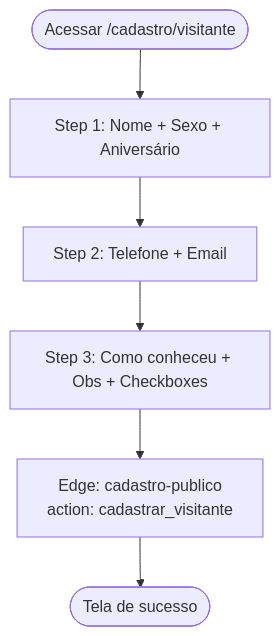
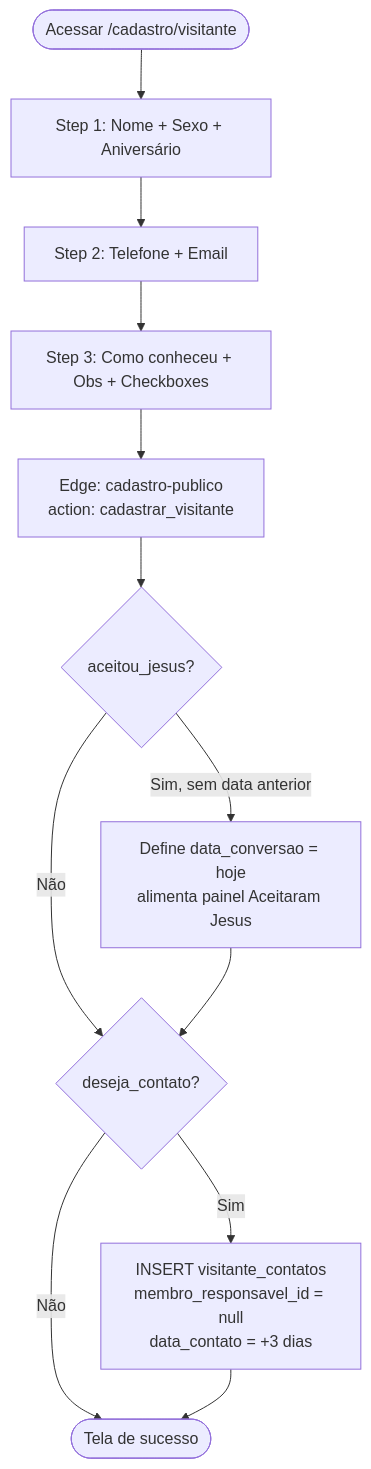
One commit to adrianoapc/igreja-carvalho changed the fourth of 5 diagrams in docs/diagramas/fluxo-pessoas.md. Above: the diagram before and after it, drawn with Mermaid. The commit also changed other lines of this file and 4 other files, not shown here.

First line of the commit message:
feat: agendar contato de visitante no cadastro publico sem responsavel fixo

````diff
--- a/docs/diagramas/fluxo-pessoas.md
+++ b/docs/diagramas/fluxo-pessoas.md
@@ -60,8 +60,14 @@
 ```mermaid
 flowchart TD
     A([Acessar /cadastro/visitante]) --> S1[Step 1: Nome + Sexo + Aniversário]
     S1 --> S2[Step 2: Telefone + Email]
     S2 --> S3[Step 3: Como conheceu + Obs + Checkboxes]
     S3 --> SUB[Edge: cadastro-publico<br/>action: cadastrar_visitante]
-    SUB --> OK([Tela de sucesso])
+    SUB --> CONV{aceitou_jesus?}
+    CONV -->|Sim, sem data anterior| DC[Define data_conversao = hoje<br/>alimenta painel Aceitaram Jesus]
+    CONV -->|Não| CT
+    DC --> CT{deseja_contato?}
+    CT -->|Sim| AG[INSERT visitante_contatos<br/>membro_responsavel_id = null<br/>data_contato = +3 dias]
+    CT -->|Não| OK
+    AG --> OK([Tela de sucesso])
 ```
````
